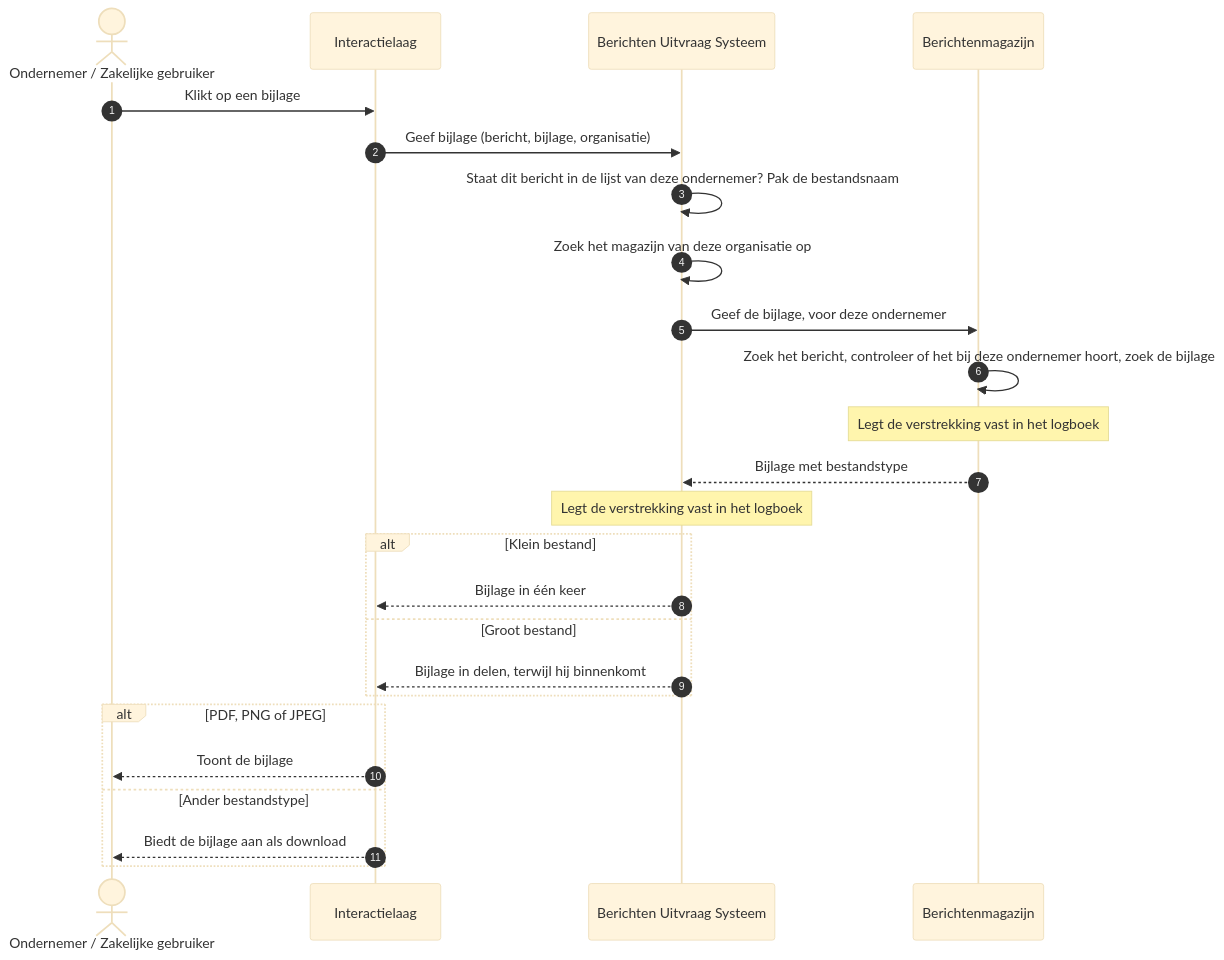
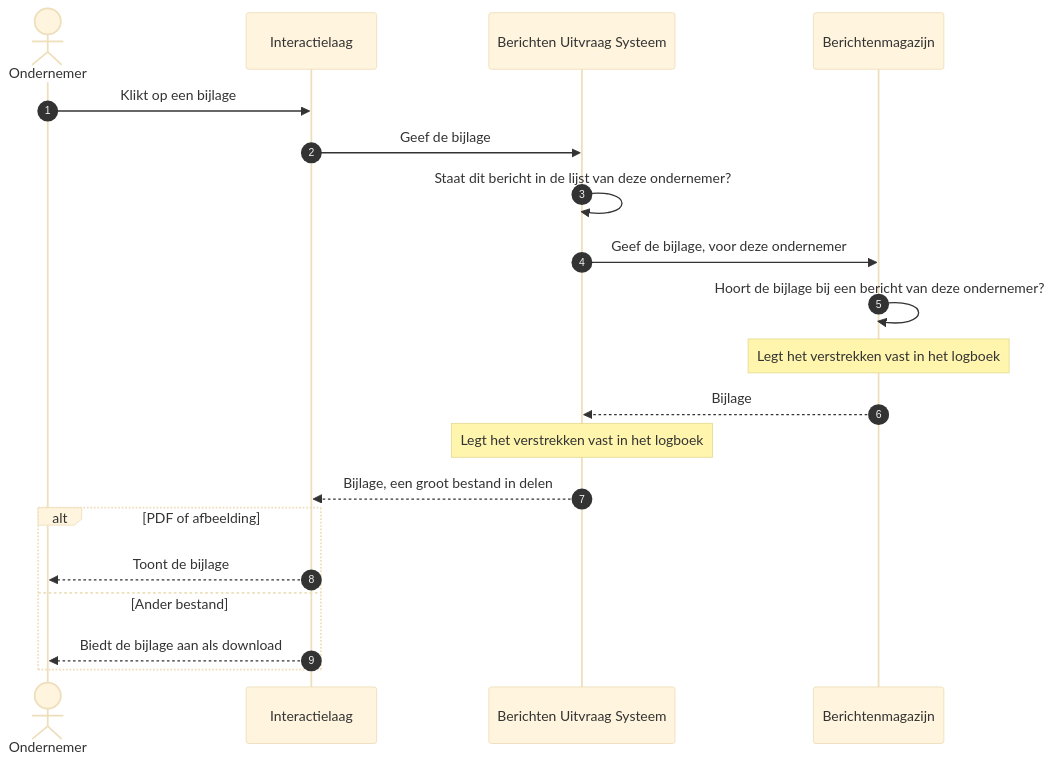
Before and after one commit to MinBZK/moza-poc-fbs-berichtenbox: the diagram in docs/architecture/workspace-docs/10-uc6-bijlage-openen.md, drawn with Mermaid (base theme). The commit also changed other lines of this file and 15 other files, not shown here.

First line of the commit message:
docs(architectuur): use cases als eindresultaat, beheersituaties als use case 9-11

````diff
--- a/docs/architecture/workspace-docs/10-uc6-bijlage-openen.md
+++ b/docs/architecture/workspace-docs/10-uc6-bijlage-openen.md
@@ -25,28 +24,23 @@
 ```mermaid
 sequenceDiagram
     autonumber
-    actor OND as Ondernemer / Zakelijke gebruiker
+    actor OND as Ondernemer
     participant IL as Interactielaag
     participant FBS as Berichten Uitvraag Systeem
     participant MAG as Berichtenmagazijn
 
     OND->>IL: Klikt op een bijlage
-    IL->>FBS: Geef bijlage (bericht, bijlage, organisatie)
-    FBS->>FBS: Staat dit bericht in de lijst van deze ondernemer? Pak de bestandsnaam
-    FBS->>FBS: Zoek het magazijn van deze organisatie op
+    IL->>FBS: Geef de bijlage
+    FBS->>FBS: Staat dit bericht in de lijst van deze ondernemer?
     FBS->>MAG: Geef de bijlage, voor deze ondernemer
-    MAG->>MAG: Zoek het bericht, controleer of het bij deze ondernemer hoort, zoek de bijlage
-    Note over MAG: Legt de verstrekking vast in het logboek
-    MAG-->>FBS: Bijlage met bestandstype
-    Note over FBS: Legt de verstrekking vast in het logboek
-    alt Klein bestand
-        FBS-->>IL: Bijlage in één keer
-    else Groot bestand
-        FBS-->>IL: Bijlage in delen, terwijl hij binnenkomt
-    end
-    alt PDF, PNG of JPEG
+    MAG->>MAG: Hoort de bijlage bij een bericht van deze ondernemer?
+    Note over MAG: Legt het verstrekken vast in het logboek
+    MAG-->>FBS: Bijlage
+    Note over FBS: Legt het verstrekken vast in het logboek
+    FBS-->>IL: Bijlage, een groot bestand in delen
+    alt PDF of afbeelding
         IL-->>OND: Toont de bijlage
-    else Ander bestandstype
+    else Ander bestand
         IL-->>OND: Biedt de bijlage aan als download
     end
 ```
````
